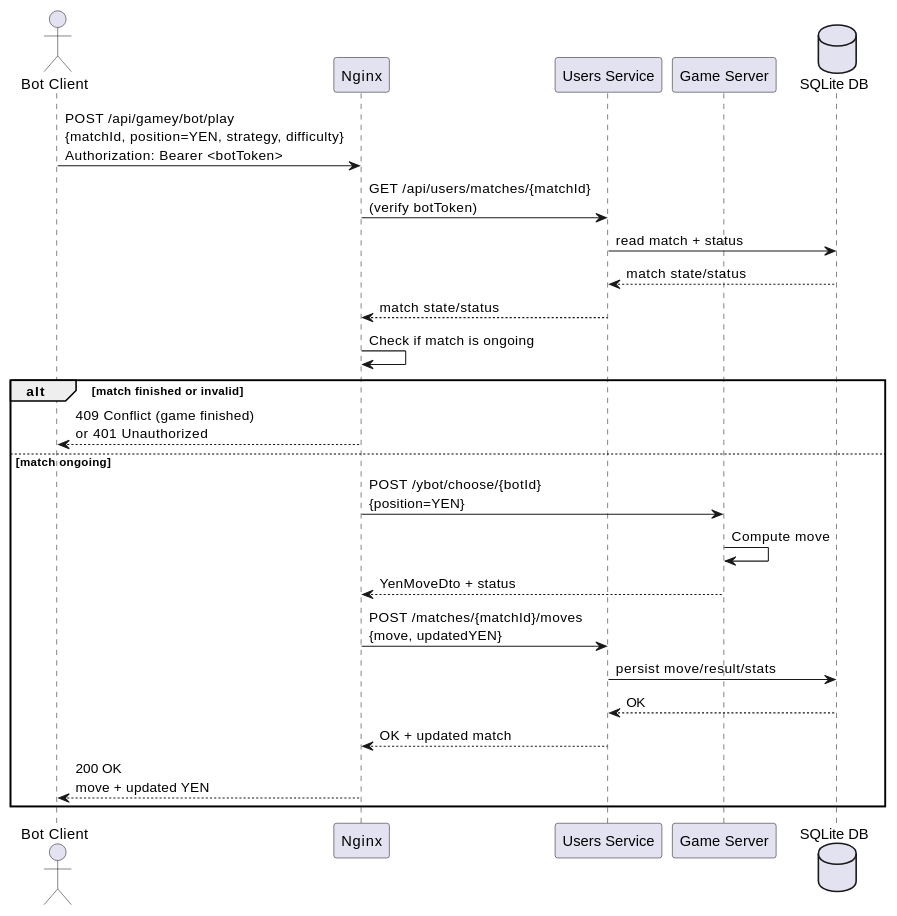
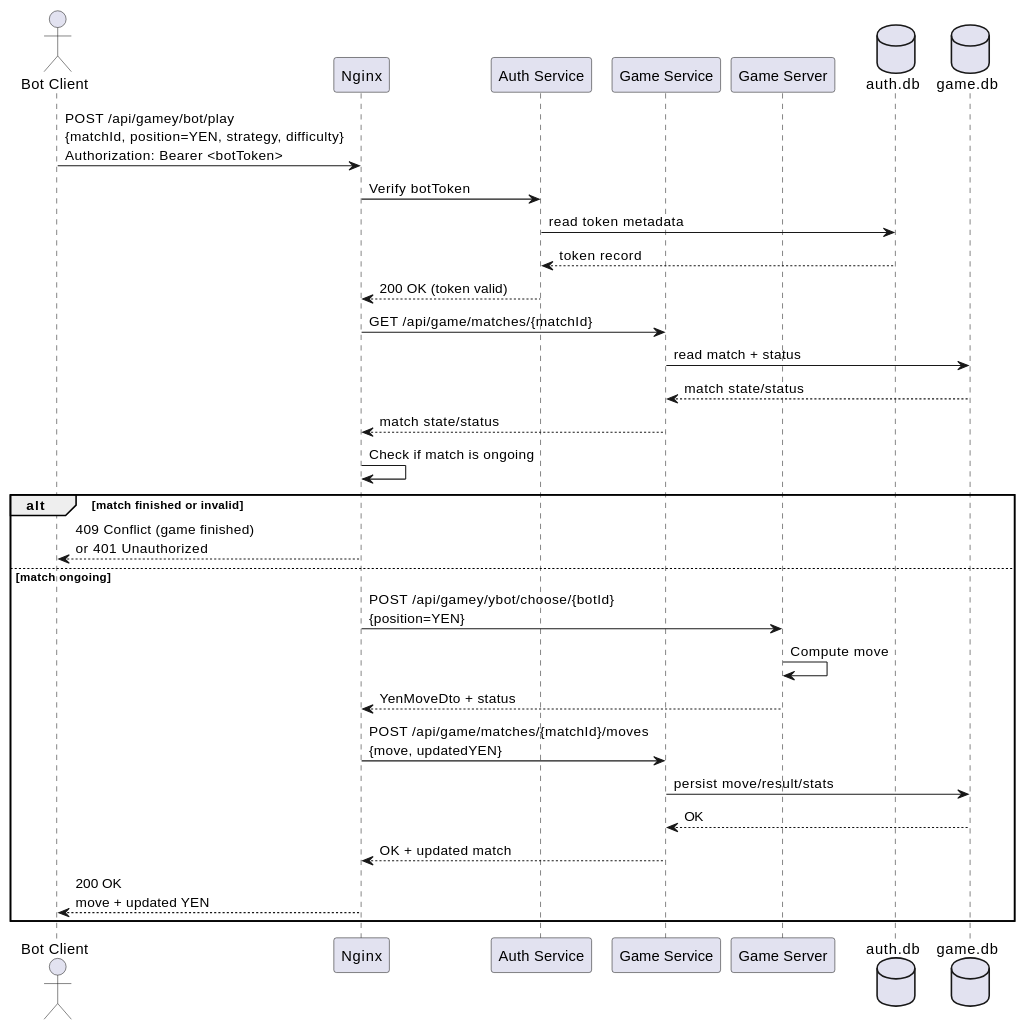
Before and after one commit to Arquisoft/yovi_es1c: the fifth of 6 diagrams in docs/src/06_runtime_view.adoc, drawn with PlantUML. The commit also changed other lines of this file and 11 other files, not shown here.

```diff
--- a/docs/src/06_runtime_view.adoc
+++ b/docs/src/06_runtime_view.adoc
@@ -163,34 +169,42 @@
 [plantuml, "runtime-bot-api", png]
 ----
 actor "Bot Client" as Bot
 participant "Nginx" as Nginx
-participant "Users Service" as Users
+participant "Auth Service" as Auth
+participant "Game Service" as GameService
 participant "Game Server" as Engine
-database "SQLite DB" as DB
+database "auth.db" as AuthDB
+database "game.db" as GameDB
 
 Bot -> Nginx: POST /api/gamey/bot/play\n{matchId, position=YEN, strategy, difficulty}\nAuthorization: Bearer <botToken>
 
-' 1) Verify bot credentials and get match state
-Nginx -> Users: GET /api/users/matches/{matchId}\n(verify botToken)
-Users -> DB: read match + status
-DB --> Users: match state/status
-Users --> Nginx: match state/status
+' 1) Verify bot credentials
+Nginx -> Auth: Verify botToken
+Auth -> AuthDB: read token metadata
+AuthDB --> Auth: token record
+Auth --> Nginx: 200 OK (token valid)
+
+' 2) Get match state
+Nginx -> GameService: GET /api/game/matches/{matchId}
+GameService -> GameDB: read match + status
+GameDB --> GameService: match state/status
+GameService --> Nginx: match state/status
 Nginx -> Nginx: Check if match is ongoing
 
 alt match finished or invalid
   Nginx --> Bot: 409 Conflict (game finished)\nor 401 Unauthorized
 else match ongoing
-  ' 2) Compute bot move
-  Nginx -> Engine: POST /ybot/choose/{botId}\n{position=YEN}
+  ' 3) Compute bot move
+  Nginx -> Engine: POST /api/gamey/ybot/choose/{botId}\n{position=YEN}
   Engine -> Engine: Compute move
   Engine --> Nginx: YenMoveDto + status
 
-  ' 3) Persist result
-  Nginx -> Users: POST /matches/{matchId}/moves\n{move, updatedYEN}
-  Users -> DB: persist move/result/stats
-  DB --> Users: OK
-  Users --> Nginx: OK + updated match
+  ' 4) Persist result
+  Nginx -> GameService: POST /api/game/matches/{matchId}/moves\n{move, updatedYEN}
+  GameService -> GameDB: persist move/result/stats
+  GameDB --> GameService: OK
+  GameService --> Nginx: OK + updated match
 
   Nginx --> Bot: 200 OK\nmove + updated YEN
 end
 ----
```
